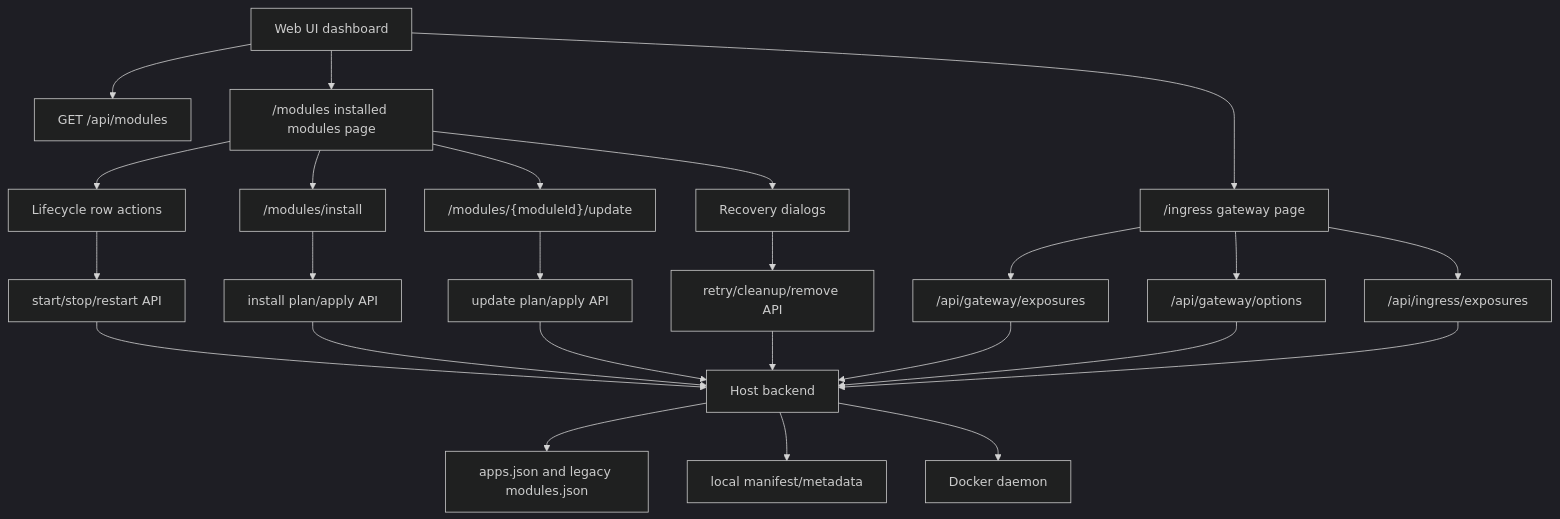
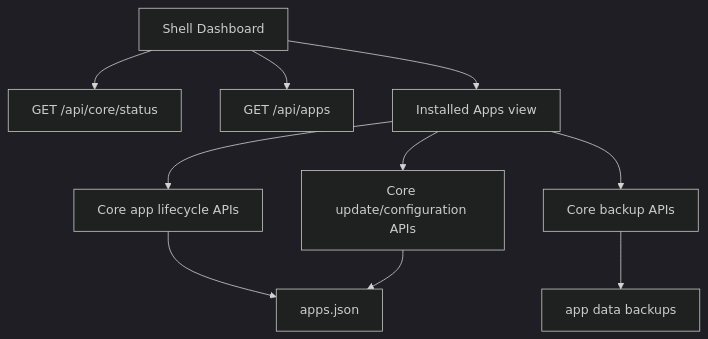
Before and after one commit to alex-de-haas/docker-host: the diagram in docs/features/web-ui-dashboard.md, drawn with Mermaid (dark theme). The commit also changed other lines of this file and 302 other files, not shown here.

Commit message:
Remove legacy Host app and compatibility code

````diff
--- a/docs/features/web-ui-dashboard.md
+++ b/docs/features/web-ui-dashboard.md
@@ -31,27 +39,12 @@
 ```mermaid
 flowchart TD
-  A["Web UI dashboard"] --> B["GET /api/modules"]
-  A --> U["/modules installed modules page"]
-  U --> C["Lifecycle row actions"]
-  U --> D["/modules/install"]
-  U --> E["/modules/{moduleId}/update"]
-  U --> F["Recovery dialogs"]
-  A --> Q["/ingress gateway page"]
-  C --> G["start/stop/restart API"]
-  D --> H["install plan/apply API"]
-  E --> I["update plan/apply API"]
-  F --> J["retry/cleanup/remove API"]
-  Q --> R["/api/gateway/exposures"]
-  Q --> S["/api/gateway/options"]
-  Q --> T["/api/ingress/exposures"]
-  G --> K["Host backend"]
-  H --> K
-  I --> K
-  J --> K
-  R --> K
-  S --> K
-  T --> K
-  K --> L["apps.json and legacy modules.json"]
-  K --> M["local manifest/metadata"]
-  K --> N["Docker daemon"]
+  A["Shell Dashboard"] --> B["GET /api/core/status"]
+  A --> C["GET /api/apps"]
+  A --> D["Installed Apps view"]
+  D --> E["Core app lifecycle APIs"]
+  D --> F["Core backup APIs"]
+  D --> G["Core update/configuration APIs"]
+  E --> H["apps.json"]
+  F --> I["app data backups"]
+  G --> H
 ```
````
